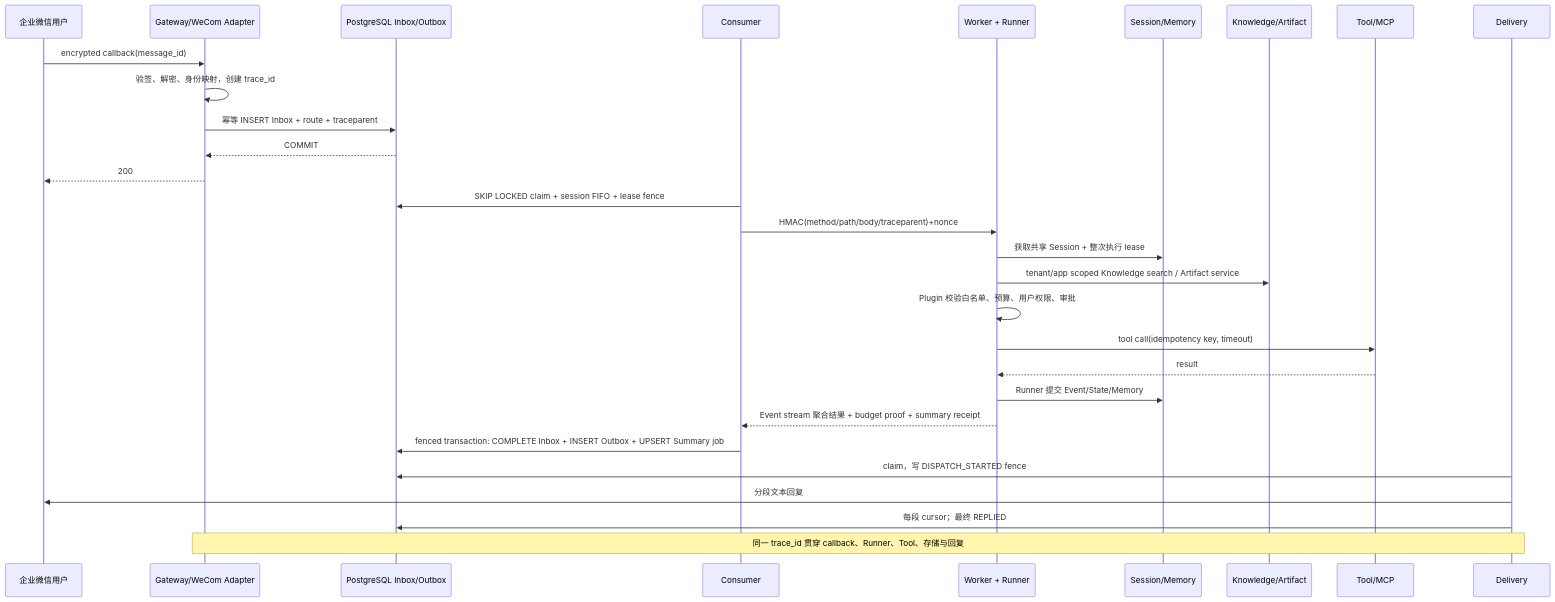
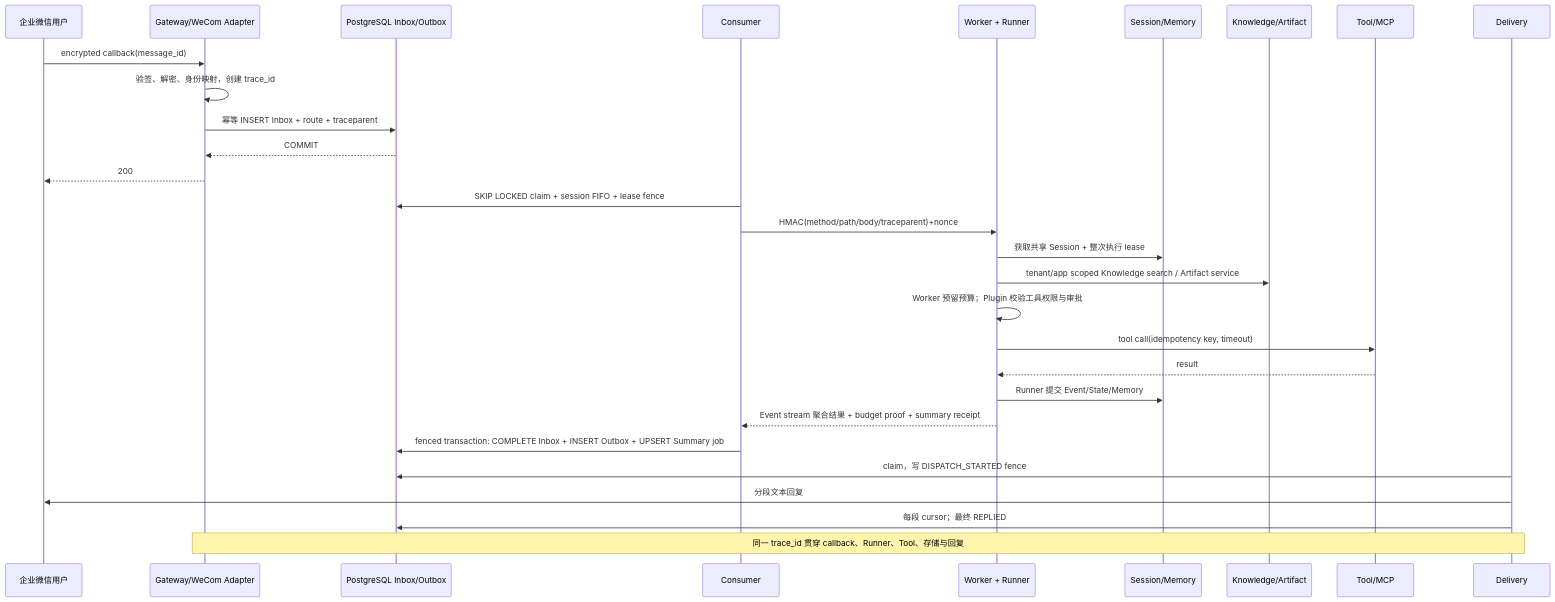
One commit to ltyfulan9/trpc-agent-service changed the fourth of 4 diagrams in docs/COMPETITION_SUBMISSION.md. Above: the diagram before and after it, drawn with Mermaid. The commit also changed other lines of this file and 58 other files, not shown here.

Commit message:
Implement tenant-routed online data migration and align architecture evidence

````diff
--- a/docs/COMPETITION_SUBMISSION.md
+++ b/docs/COMPETITION_SUBMISSION.md
@@ -122,32 +117,32 @@
 ```mermaid
 sequenceDiagram
   participant U as 企业微信用户
   participant G as Gateway/WeCom Adapter
   participant P as PostgreSQL Inbox/Outbox
   participant C as Consumer
   participant W as Worker + Runner
   participant SM as Session/Memory
   participant K as Knowledge/Artifact
   participant T as Tool/MCP
   participant D as Delivery
 
   U->>G: encrypted callback(message_id)
   G->>G: 验签、解密、身份映射，创建 trace_id
   G->>P: 幂等 INSERT Inbox + route + traceparent
   P-->>G: COMMIT
   G-->>U: 200
   C->>P: SKIP LOCKED claim + session FIFO + lease fence
   C->>W: HMAC(method/path/body/traceparent)+nonce
   W->>SM: 获取共享 Session + 整次执行 lease
   W->>K: tenant/app scoped Knowledge search / Artifact service
-  W->>W: Plugin 校验白名单、预算、用户权限、审批
+  W->>W: Worker 预留预算；Plugin 校验工具权限与审批
   W->>T: tool call(idempotency key, timeout)
   T-->>W: result
   W->>SM: Runner 提交 Event/State/Memory
   W-->>C: Event stream 聚合结果 + budget proof + summary receipt
   C->>P: fenced transaction: COMPLETE Inbox + INSERT Outbox + UPSERT Summary job
   D->>P: claim，写 DISPATCH_STARTED fence
   D->>U: 分段文本回复
   D->>P: 每段 cursor；最终 REPLIED
   Note over G,D: 同一 trace_id 贯穿 callback、Runner、Tool、存储与回复
 ```
````
